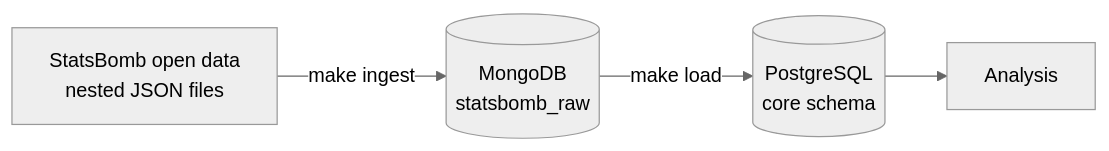
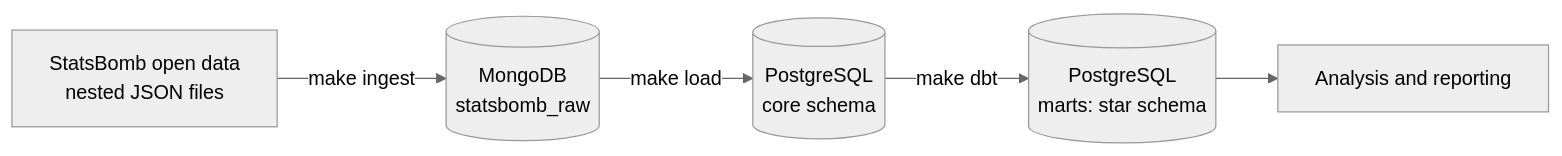
One commit to alinavabz/football-analytics changed the diagram in README.md. Above: the diagram before and after it, drawn with Mermaid (neutral theme). The commit also changed other lines of this file and 32 other files, not shown here.

First line of the commit message:
feat: dbt star schema with tests (FBA-5) (#10)

````diff
--- a/README.md
+++ b/README.md
@@ -7,6 +7,7 @@
 ```mermaid
 flowchart LR
     SB[StatsBomb open data<br/>nested JSON files] -->|make ingest| M[(MongoDB<br/>statsbomb_raw)]
     M -->|make load| P[(PostgreSQL<br/>core schema)]
-    P --> A[Analysis]
+    P -->|make dbt| D[(PostgreSQL<br/>marts: star schema)]
+    D --> A[Analysis and reporting]
 ```
````
